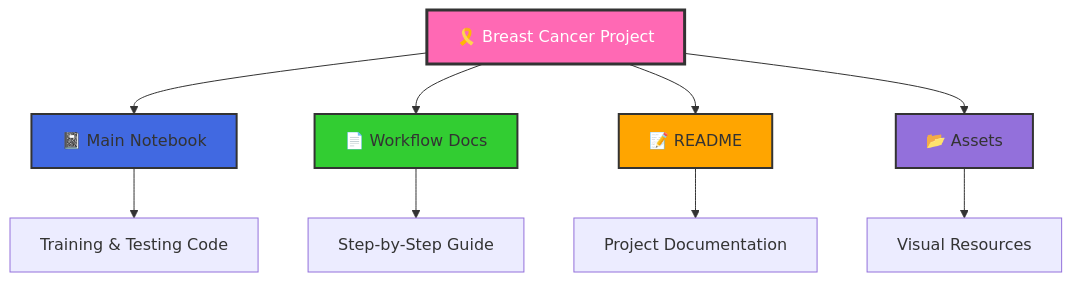
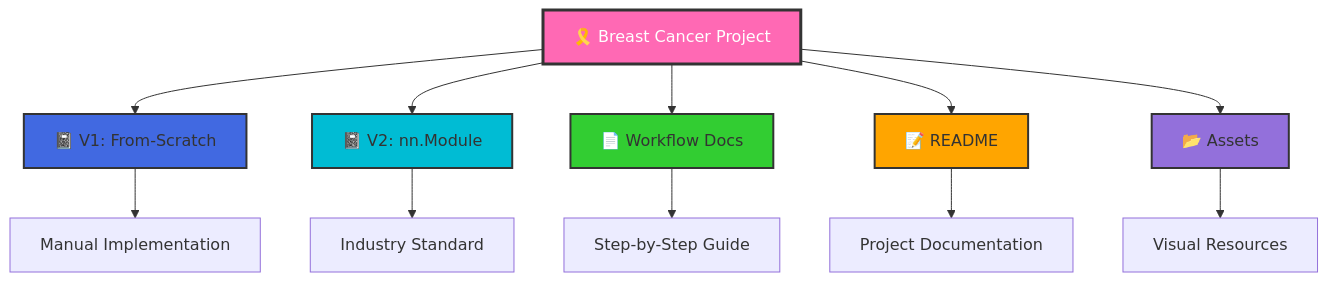
Before and after one commit to IdealAnkit/breast-cancer-detection-pytorch: the first of 6 diagrams in README.md, drawn with Mermaid. The commit also changed other lines of this file and 2 other files, not shown here.

Commit message:
Updated to version 2 using nn module

````diff
--- a/README.md
+++ b/README.md
@@ -96,16 +106,19 @@
 ```mermaid
 graph TD;
-    A[🎗️ Breast Cancer Project] --> B[📓 Main Notebook];
+    A[🎗️ Breast Cancer Project] --> B[📓 V1: From-Scratch];
+    A --> B2[📓 V2: nn.Module];
     A --> C[📄 Workflow Docs];
     A --> D[📝 README];
     A --> E[📂 Assets];
-    B --> F[Training & Testing Code];
+    B --> F[Manual Implementation];
+    B2 --> F2[Industry Standard];
     C --> G[Step-by-Step Guide];
     D --> H[Project Documentation];
     E --> I[Visual Resources];
     style A fill:#ff69b4,stroke:#333,stroke-width:3px,color:#fff
     style B fill:#4169e1,stroke:#333,stroke-width:2px
+    style B2 fill:#00bcd4,stroke:#333,stroke-width:2px
     style C fill:#32cd32,stroke:#333,stroke-width:2px
     style D fill:#ffa500,stroke:#333,stroke-width:2px
     style E fill:#9370db,stroke:#333,stroke-width:2px
 ```
````
